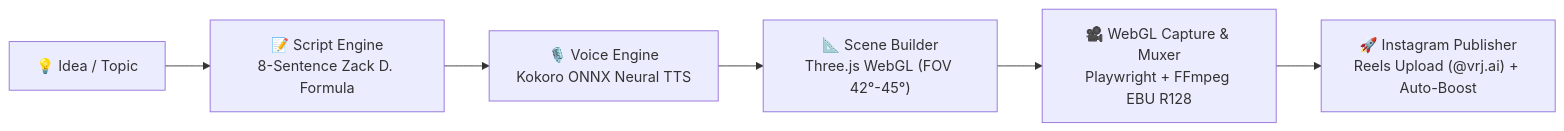
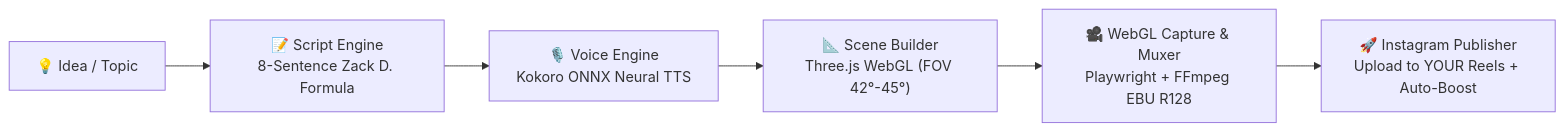
Before and after one commit to VG31OP/2D-video-generator: the diagram in README.md, drawn with Mermaid. The commit also changed other lines of this file and 8 other files, not shown here.

````diff
--- a/README.md
+++ b/README.md
@@ -71,8 +77,8 @@
 ```mermaid
 flowchart LR
     A["💡 Idea / Topic"] --> B["📝 Script Engine<br/>8-Sentence Zack D. Formula"]
     B --> C["🎙️ Voice Engine<br/>Kokoro ONNX Neural TTS"]
     C --> D["📐 Scene Builder<br/>Three.js WebGL (FOV 42°-45°)"]
     D --> E["🎥 WebGL Capture & Muxer<br/>Playwright + FFmpeg EBU R128"]
-    E --> F["🚀 Instagram Publisher<br/>Reels Upload (@vrj.ai) + Auto-Boost"]
+    E --> F["🚀 Instagram Publisher<br/>Upload to YOUR Reels + Auto-Boost"]
 ```
````
